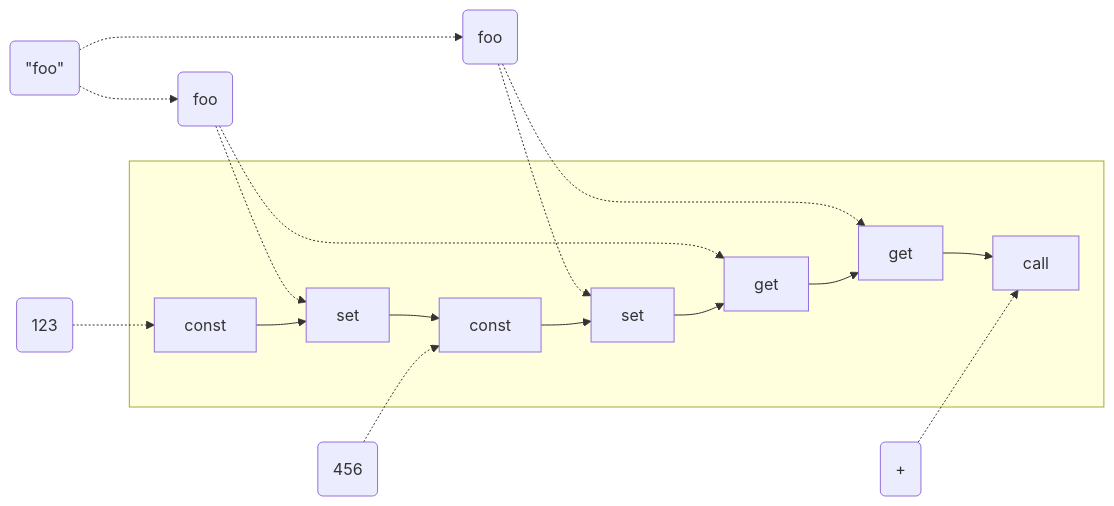
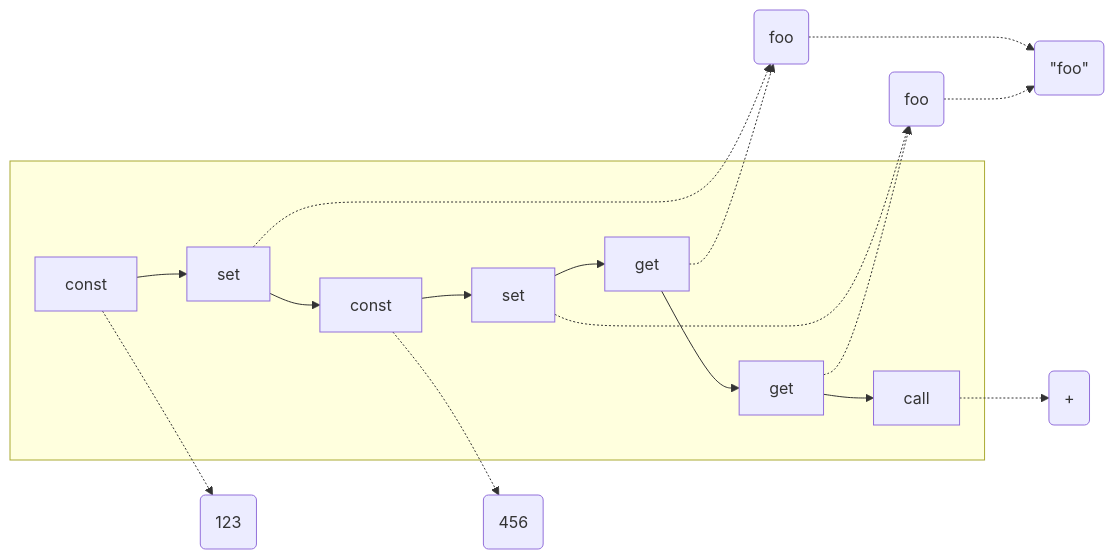
One commit to raviqqe/doc changed the diagram in slides/papers/stak-scheme/library-system.mmd. Above: the diagram before and after it, drawn with Mermaid. The commit also changed 2 other files, not shown here.

```diff
--- a/slides/papers/stak-scheme/library-system.mmd
+++ b/slides/papers/stak-scheme/library-system.mmd
@@ -1,17 +1,17 @@
 flowchart LR
-  d2(#quot;foo#quot;) -.-> d3
-  d2 -.-> d4
-  d3(foo) -.-> c1
-  d3 -.-> c4
-  d4(foo) -.-> c3
-  d4 -.-> c5
+  c1 -.-> d3(foo)
+  c4 -.-> d3
+  c3 -.-> d4(foo)
+  c5 -.-> d4
+  d3 -.-> d2(#quot;foo#quot;)
+  d4 -.-> d2
 
   subgraph s[ ]
     c0[const] --> c1[set] --> c2
     c2[const] --> c3[set] --> c4
     c4[get] --> c5[get] --> c6[call]
   end
 
-  d0(123) -.-> c0
-  d1(456) -.-> c2
-  d5(+) -.-> c6
+  c0 -.-> d0(123)
+  c2 -.-> d1(456)
+  c6 -.-> d5(+)
```
